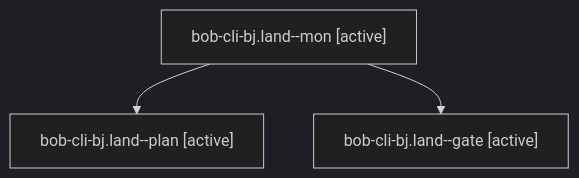
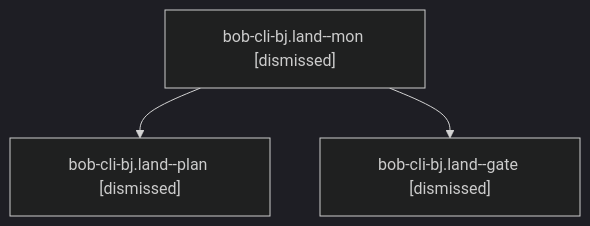
Before and after one commit to bobs-org/bob-cli--agents: the diagram in sessions/bbugyi200.apollo.bob-cli-bj.land.md, drawn with Mermaid (dark theme). The commit also changed other lines of this file and 214 other files, not shown here.

````diff
--- a/sessions/bbugyi200.apollo.bob-cli-bj.land.md
+++ b/sessions/bbugyi200.apollo.bob-cli-bj.land.md
@@ -9,8 +9,8 @@
 ```mermaid
 flowchart TD
-  n0["bob-cli-bj.land--mon [active]"]
-  n1["bob-cli-bj.land--plan [active]"]
+  n0["bob-cli-bj.land--mon [dismissed]"]
+  n1["bob-cli-bj.land--plan [dismissed]"]
   n0 --> n1
-  n2["bob-cli-bj.land--gate [active]"]
+  n2["bob-cli-bj.land--gate [dismissed]"]
   n0 --> n2
 ```
````
